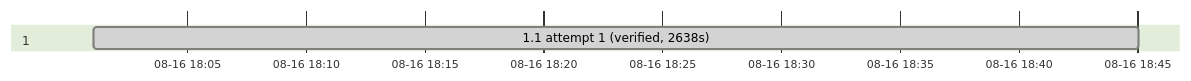
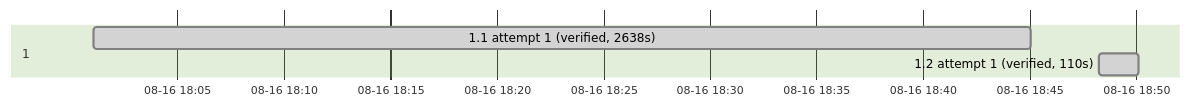
One commit to sohampatwardhan/MoodLightPi changed the second of 2 diagrams in .specs/preact-frontend/05_execution.md. Above: the diagram before and after it, drawn with Mermaid (forest theme). The commit also changed other lines of this file and 5 other files, not shown here.

````diff
--- a/.specs/preact-frontend/05_execution.md
+++ b/.specs/preact-frontend/05_execution.md
@@ -80,7 +91,8 @@
 ```mermaid
 gantt
     dateFormat YYYY-MM-DDTHH:mm:ss
     axisFormat %m-%d %H:%M
     section 1
     1.1 attempt 1 (verified, 2638s) :done, b_1_1_attempt1, 2026-08-16T18:01:04, 2026-08-16T18:45:02
+    1.2 attempt 1 (verified, 110s) :done, b_1_2_attempt1, 2026-08-16T18:48:17, 2026-08-16T18:50:07
 ```
````
